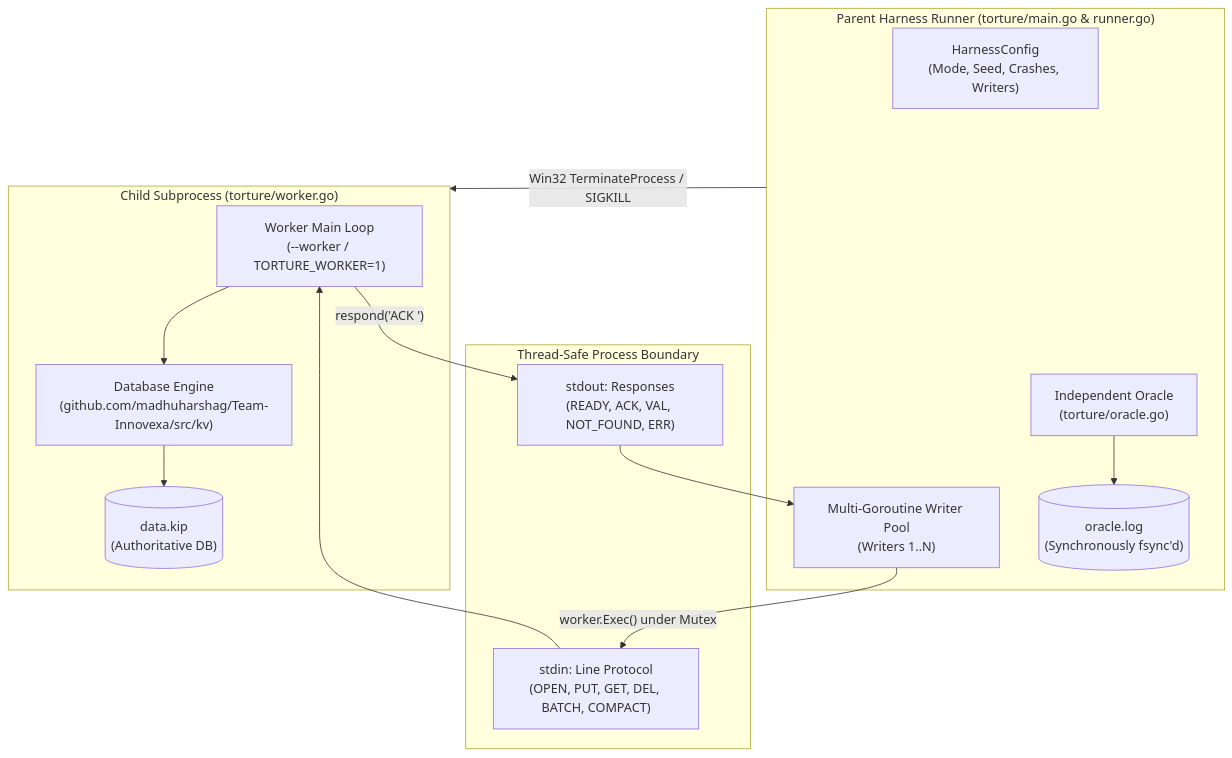
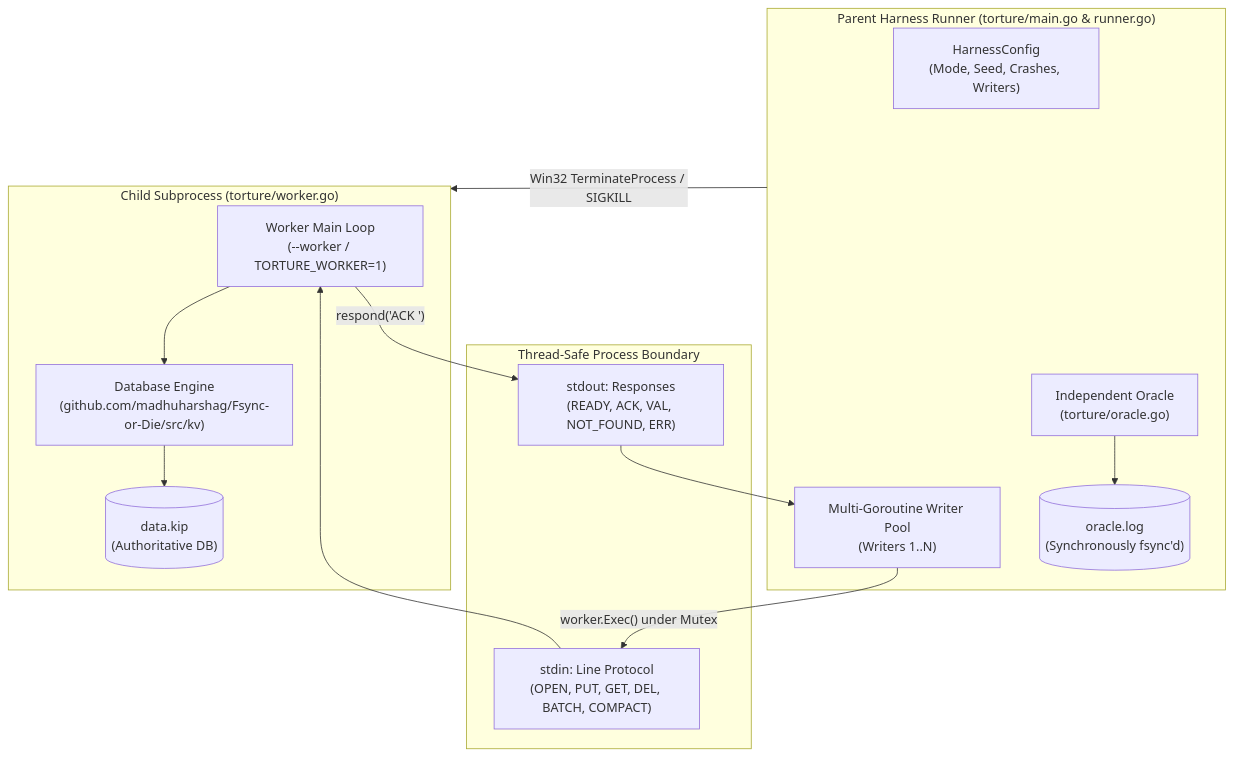
Before and after one commit to madhuharshag/Fsync-or-Die: the diagram in HANDOFF_MEMBER3.md, drawn with Mermaid. The commit also changed 24 other files, not shown here.

Commit message:
chore: clean up and finalize FSYNC-OR-DIE

````diff
--- a/HANDOFF_MEMBER3.md
+++ b/HANDOFF_MEMBER3.md
@@ -30,26 +30,26 @@
 ```mermaid
 flowchart TD
     subgraph Harness["Parent Harness Runner (torture/main.go & runner.go)"]
         Config["HarnessConfig\n(Mode, Seed, Crashes, Writers)"]
         Pool["Multi-Goroutine Writer Pool\n(Writers 1..N)"]
         Oracle["Independent Oracle\n(torture/oracle.go)"]
         Journal[("oracle.log\n(Synchronously fsync'd)")]
         Oracle --> Journal
     end
 
     subgraph IPC["Thread-Safe Process Boundary"]
         PipeIn["stdin: Line Protocol\n(OPEN, PUT, GET, DEL, BATCH, COMPACT)"]
         PipeOut["stdout: Responses\n(READY, ACK, VAL, NOT_FOUND, ERR)"]
     end
 
     subgraph Child["Child Subprocess (torture/worker.go)"]
         Worker["Worker Main Loop\n(--worker / TORTURE_WORKER=1)"]
-        Engine["Database Engine\n(github.com/madhuharshag/Team-Innovexa/src/kv)"]
+        Engine["Database Engine\n(github.com/madhuharshag/Fsync-or-Die/src/kv)"]
         DBFile[("data.kip\n(Authoritative DB)")]
         Worker --> Engine --> DBFile
     end
 
     Pool -- "worker.Exec() under Mutex" --> PipeIn --> Worker
     Worker -- "respond('ACK <id>')" --> PipeOut --> Pool
     Harness -- "Win32 TerminateProcess / SIGKILL" --> Child
 ```
````
